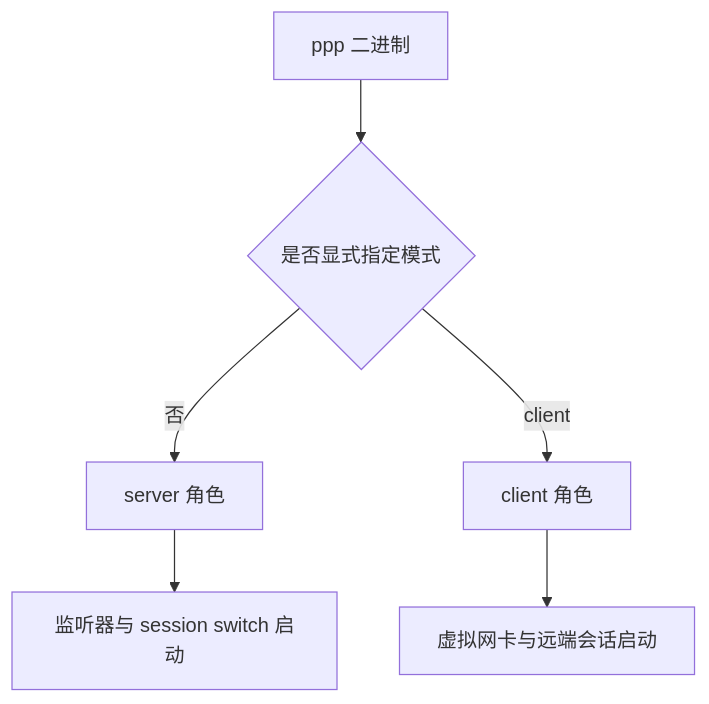
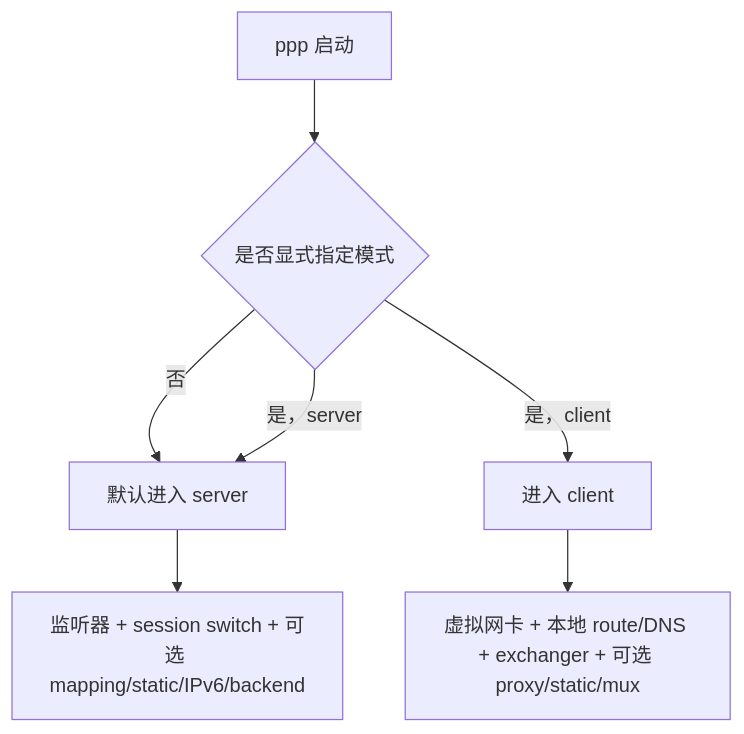
Before and after one commit to HyacinthHaru/openppp2: the second of 4 diagrams in docs/USER_MANUAL_CN.md, drawn with Mermaid. The commit also changed other lines of this file and 15 other files, not shown here.

````diff
--- a/docs/USER_MANUAL_CN.md
+++ b/docs/USER_MANUAL_CN.md
@@ -54,8 +104,9 @@
 ```mermaid
 flowchart TD
-    A[ppp 二进制] --> B{是否显式指定模式}
-    B -->|否| C[server 角色]
-    B -->|client| D[client 角色]
-    C --> E[监听器与 session switch 启动]
-    D --> F[虚拟网卡与远端会话启动]
+    A[ppp 启动] --> B{是否显式指定模式}
+    B -->|否| C[默认进入 server]
+    B -->|是，client| D[进入 client]
+    B -->|是，server| C
+    C --> E[监听器 + session switch + 可选 mapping/static/IPv6/backend]
+    D --> F[虚拟网卡 + 本地 route/DNS + exchanger + 可选 proxy/static/mux]
 ```
````
